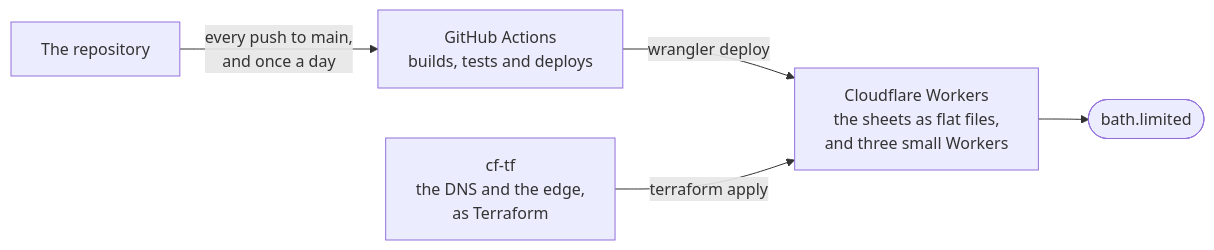
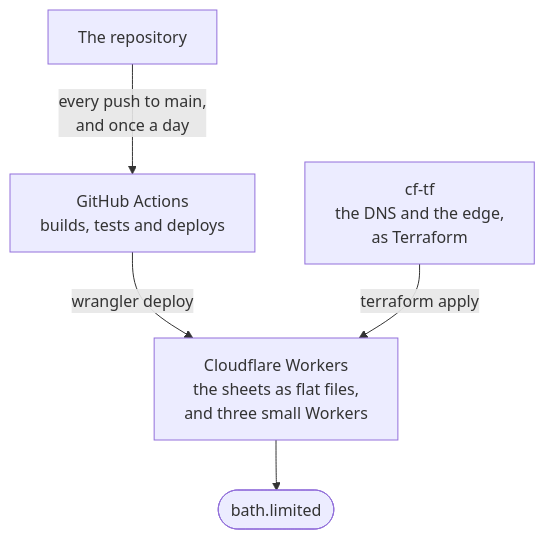
One commit to BathLimited/.github changed the diagram in profile/README.md. Above: the diagram before and after it, drawn with Mermaid.

Commit message:
The drawing of where the site lives runs down the column rather than across it, so its words keep their size

````diff
--- a/profile/README.md
+++ b/profile/README.md
@@ -37,12 +37,7 @@
 ```mermaid
-flowchart LR
-  repo["The repository"]
-  ci["GitHub Actions<br>builds, tests and deploys"]
-  edge["Cloudflare Workers<br>the sheets as flat files,<br>and three small Workers"]
-  tf["cf-tf<br>the DNS and the edge,<br>as Terraform"]
-  reader(["bath.limited"])
-  repo -- "every push to main,<br>and once a day" --> ci
-  ci -- "wrangler deploy" --> edge
-  tf -- "terraform apply" --> edge
-  edge --> reader
+flowchart TB
+  repo["The repository"] -- "every push to main,<br>and once a day" --> ci["GitHub Actions<br>builds, tests and deploys"]
+  ci -- "wrangler deploy" --> edge["Cloudflare Workers<br>the sheets as flat files,<br>and three small Workers"]
+  tf["cf-tf<br>the DNS and the edge,<br>as Terraform"] -- "terraform apply" --> edge
+  edge --> reader(["bath.limited"])
 ```
````
